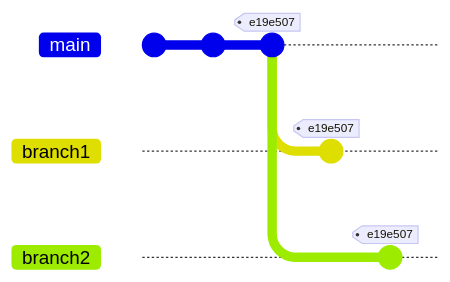
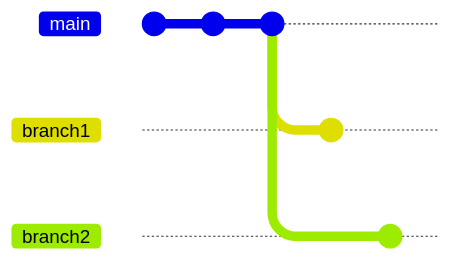
The second of 6 diagrams in git.md (crosleyzack/docs), drawn with Mermaid before and after one commit. The commit also changed other lines of this file, not shown here. Commit ids are hidden.

````diff
--- a/git.md
+++ b/git.md
@@ -142,12 +143,12 @@
 ```mermaid
     gitGraph
         commit
         commit
-        commit tag: "e19e507"
+        commit id: "1-e19e507"
         branch branch1
         branch branch2
         checkout branch1
-        commit tag:"e19e507"
+        commit id:"2-e19e507"
         checkout branch2
-        commit tag:"e19e507"
+        commit id:"3-e19e507"
 ```
````
